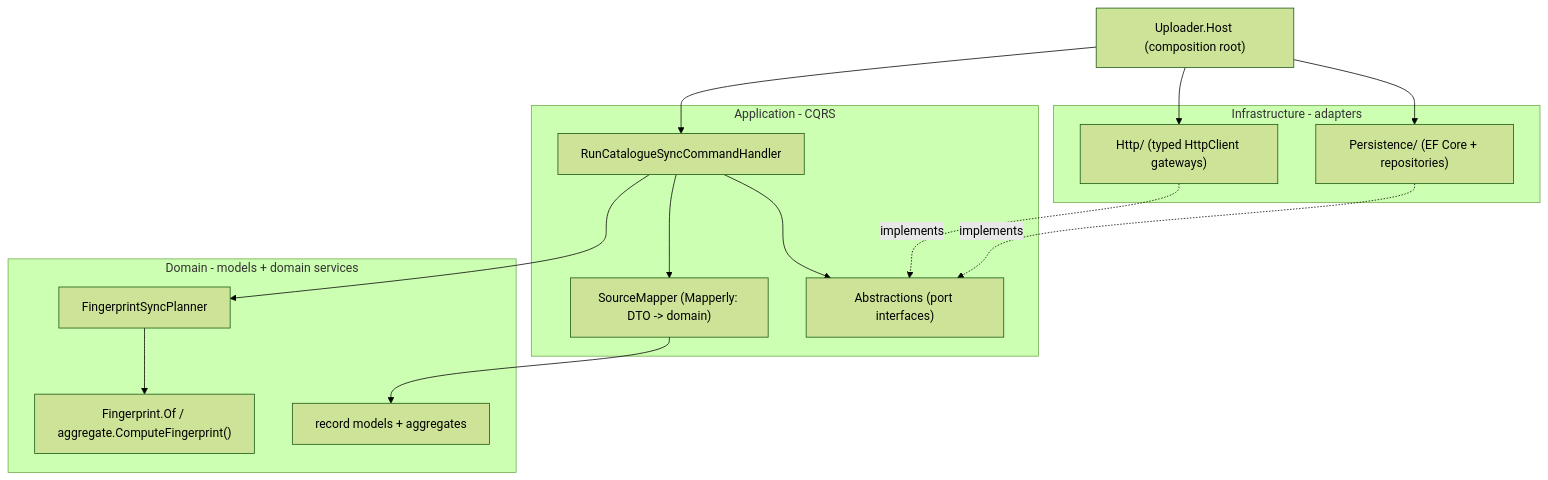
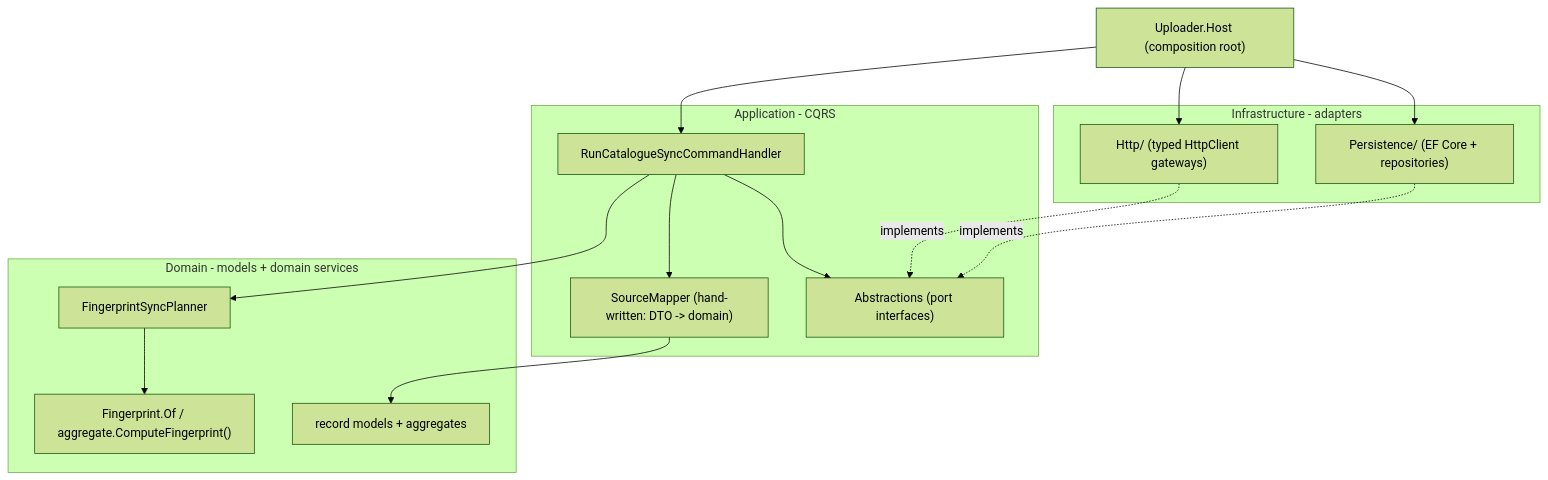
One commit to BBMRI-cz/data-catalogue-upload changed the second of 4 diagrams in ARCHITECTURE.md. Above: the diagram before and after it, drawn with Mermaid (forest theme). The commit also changed other lines of this file and 3 other files, not shown here.

First line of the commit message:
docs(repo): describe mapping as hand-written, not Mapperly

````diff
--- a/ARCHITECTURE.md
+++ b/ARCHITECTURE.md
@@ -54,32 +54,32 @@
 ```mermaid
 flowchart TD
     Main["Uploader.Host (composition root)"]
 
     subgraph application [Application - CQRS]
         SyncService["RunCatalogueSyncCommandHandler"]
-        Mapper["SourceMapper (Mapperly: DTO -> domain)"]
+        Mapper["SourceMapper (hand-written: DTO -> domain)"]
         Ports["Abstractions (port interfaces)"]
     end
 
     subgraph domain [Domain - models + domain services]
         Models["record models + aggregates"]
         Planner["FingerprintSyncPlanner"]
         Fingerprint["Fingerprint.Of / aggregate.ComputeFingerprint()"]
     end
 
     subgraph infrastructure [Infrastructure - adapters]
         HttpClients["Http/ (typed HttpClient gateways)"]
         Db["Persistence/ (EF Core + repositories)"]
     end
 
     Main --> SyncService
     Main --> HttpClients
     Main --> Db
     SyncService --> Planner
     SyncService --> Mapper
     SyncService --> Ports
     Mapper --> Models
     Planner --> Fingerprint
     HttpClients -.implements.-> Ports
     Db -.implements.-> Ports
 ```
````
